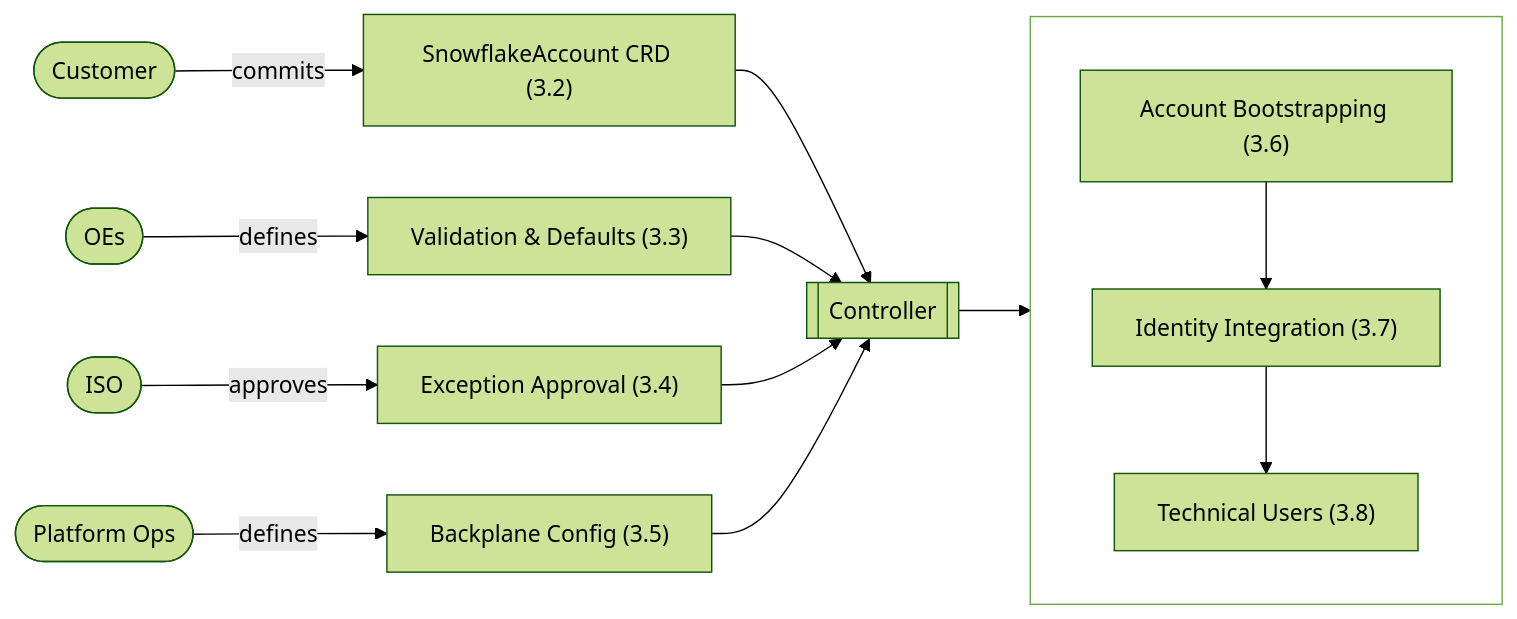
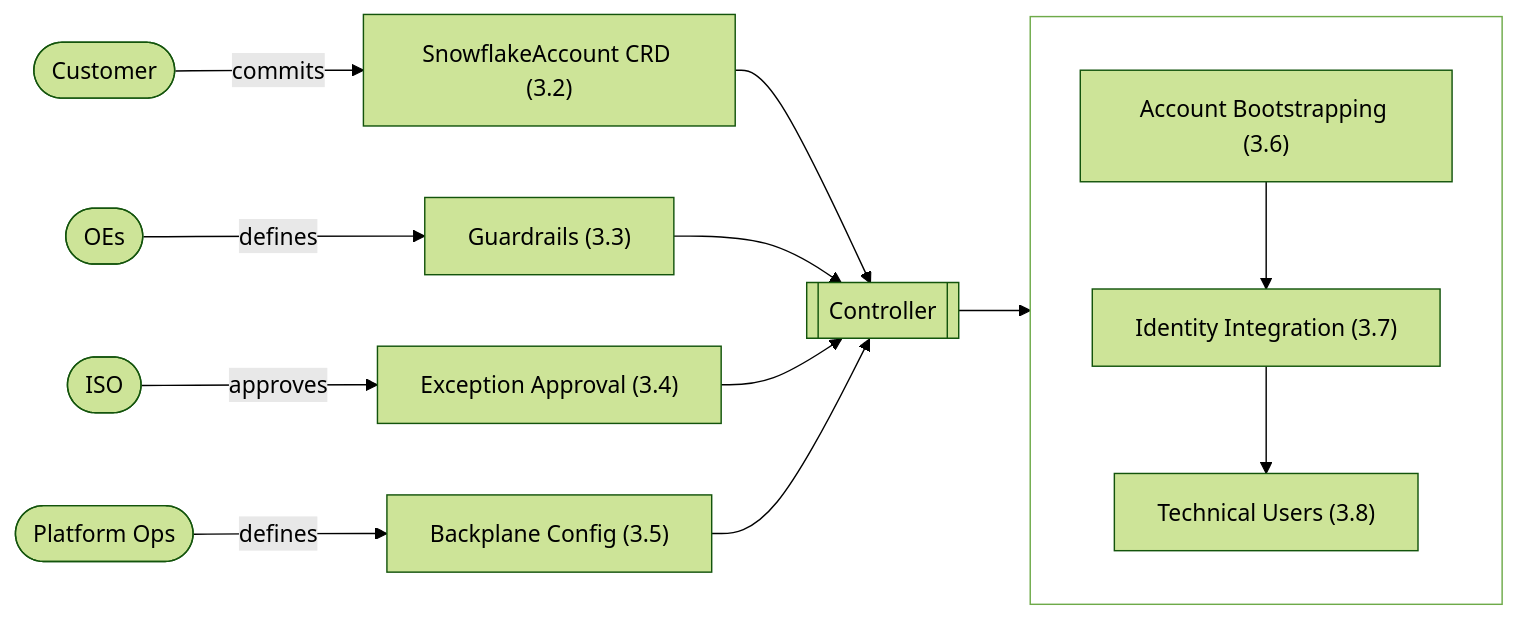
Before and after one commit to allianz/yukimi: the diagram in specs/design.md, drawn with Mermaid (forest theme). The commit also changed other lines of this file, not shown here.

````diff
--- a/specs/design.md
+++ b/specs/design.md
@@ -112,22 +112,22 @@
 ```mermaid
 flowchart LR
     Customer([Customer]) -->|commits| CRD["SnowflakeAccount CRD (3.2)"]
-    OEs([OEs]) -->|defines| ValidationRules["Validation & Defaults (3.3)"]
+    OEs([OEs]) -->|defines| Guardrails["Guardrails (3.3)"]
     ISO([ISO]) -->|approves| Exceptions["Exception Approval (3.4)"]
     Ops([Platform Ops]) -->|defines| BackplaneConfig["Backplane Config (3.5)"]
 
     CRD --> Controller[[Controller]]
-    ValidationRules --> Controller
+    Guardrails --> Controller
     Exceptions --> Controller
     BackplaneConfig --> Controller
 
     Controller --> CreateFlow
 
     subgraph createFlowGroup [" "]
         direction TB
         CreateFlow["Account Bootstrapping (3.6)"] --> IdentityIntegration["Identity Integration (3.7)"]
         IdentityIntegration --> Whitelisting["Technical Users (3.8)"]
     end
 
     style createFlowGroup fill:transparent
 ```
````
